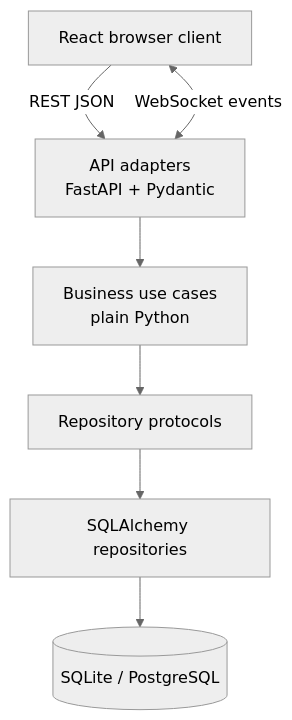
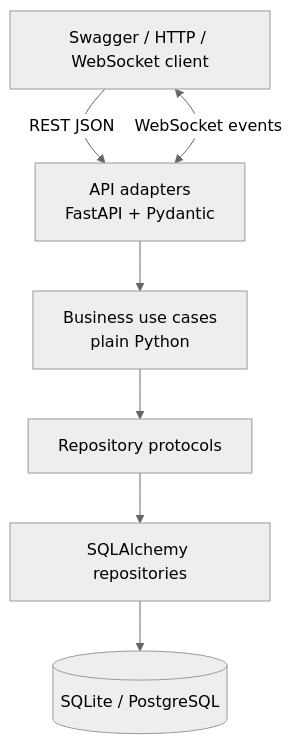
Before and after one commit to vietlhwork-arch/VinFast-Digital-Showroom: the first of 3 diagrams in docs/ARCHITECTURE.md, drawn with Mermaid (neutral theme). The commit also changed other lines of this file and 628 other files, not shown here.

````diff
--- a/docs/ARCHITECTURE.md
+++ b/docs/ARCHITECTURE.md
@@ -9,16 +9,16 @@
 ```mermaid
 flowchart TB
-    Browser[React browser client]
+    Client[Swagger / HTTP / WebSocket client]
     API[API adapters<br/>FastAPI + Pydantic]
     Business[Business use cases<br/>plain Python]
     Port[Repository protocols]
     Adapter[SQLAlchemy repositories]
     DB[(SQLite / PostgreSQL)]
 
-    Browser -->|REST JSON| API
-    Browser <-->|WebSocket events| API
+    Client -->|REST JSON| API
+    Client <-->|WebSocket events| API
     API --> Business
     Business --> Port
     Port --> Adapter
     Adapter --> DB
 ```
````
